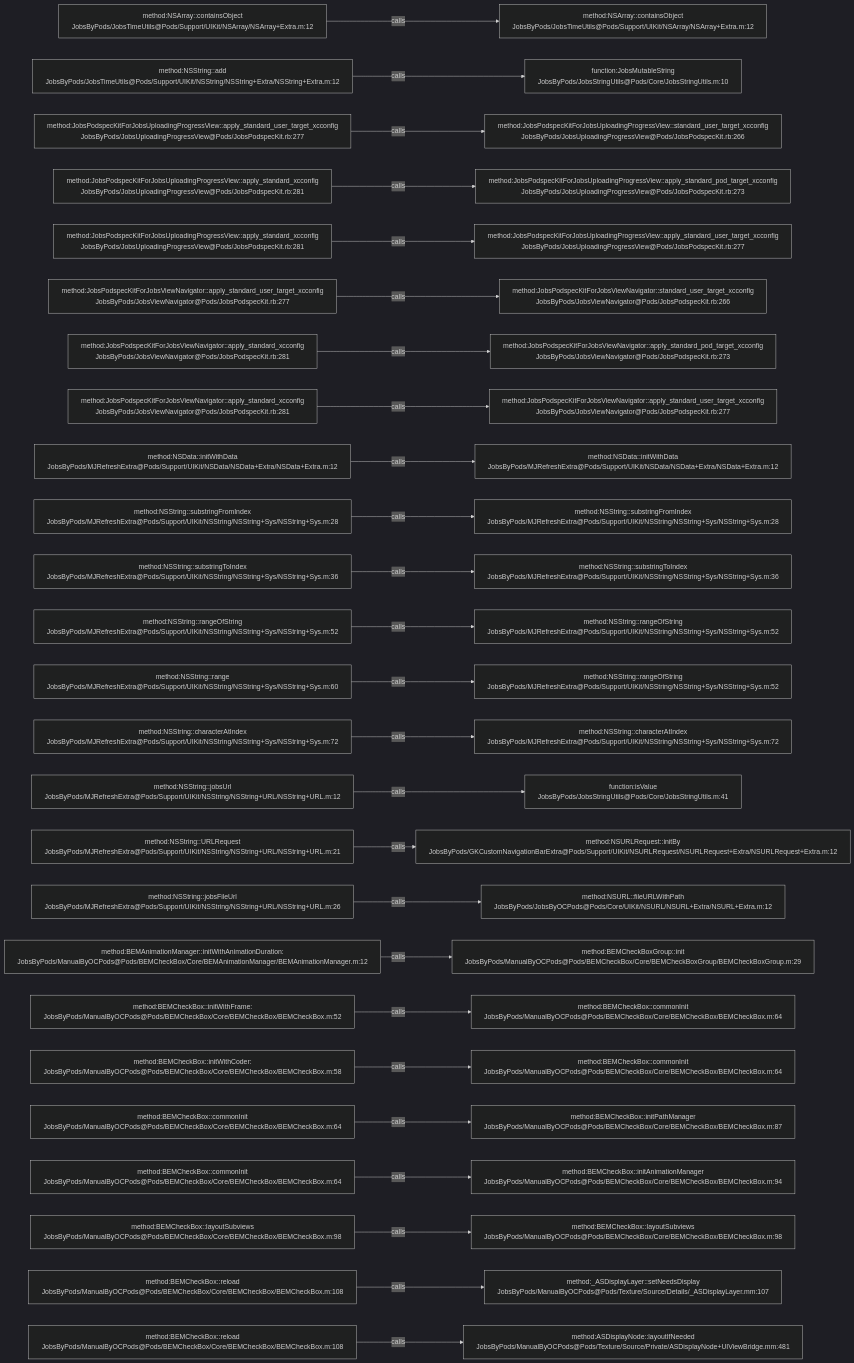
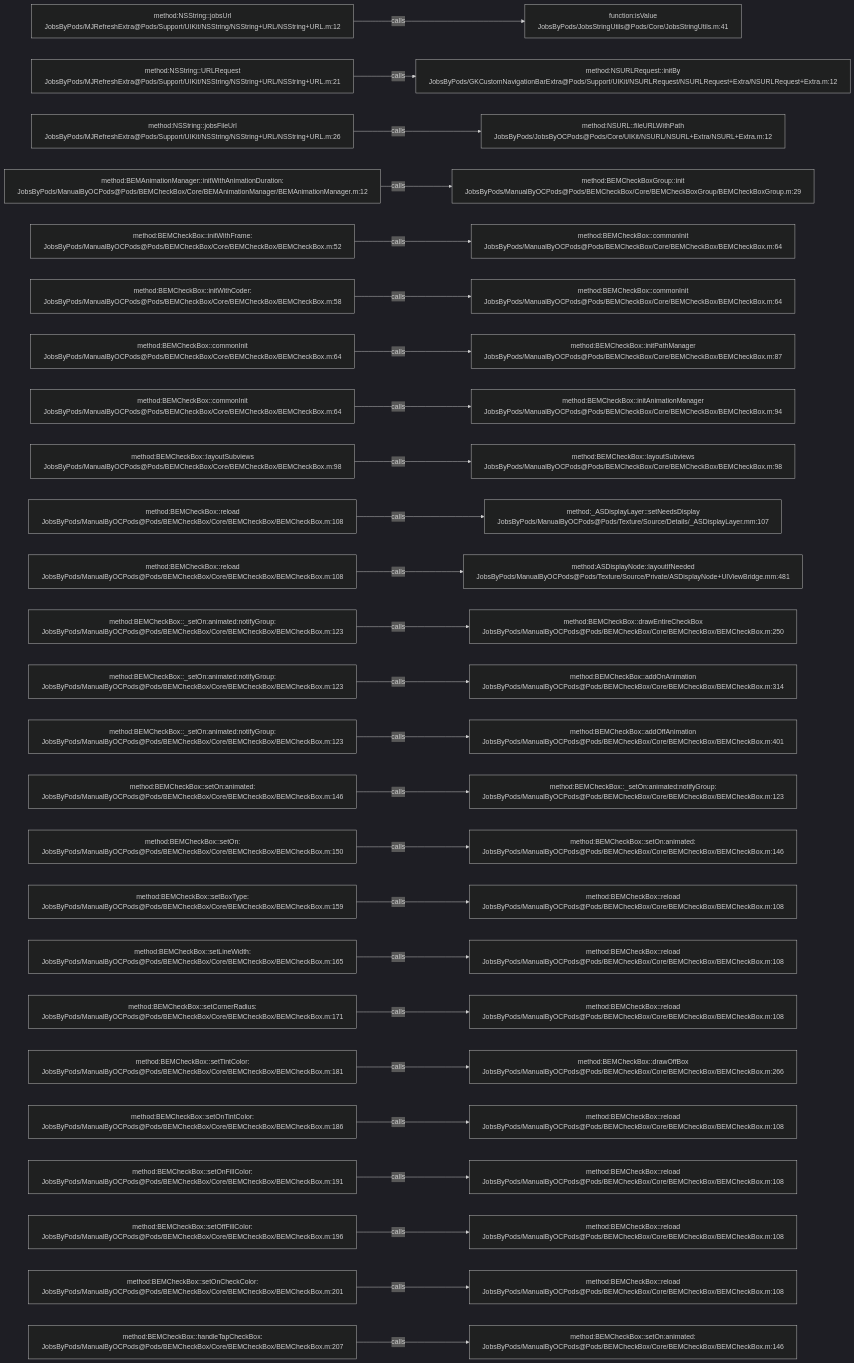
Before and after one commit to JobsKits/JobsOCBaseConfigDemo: the diagram in .codegraph/codegraph.md/graphs/calls-017.md, drawn with Mermaid (dark theme). The commit also changed 296 other files, not shown here.

````diff
--- a/.codegraph/codegraph.md/graphs/calls-017.md
+++ b/.codegraph/codegraph.md/graphs/calls-017.md
@@ -13,78 +13,78 @@
 ```mermaid
 flowchart LR
-  S1["method:NSArray::containsObject<br/>JobsByPods/JobsTimeUtils@Pods/Support/UIKit/NSArray/NSArray+Extra.m:12"]
-  T1["method:NSArray::containsObject<br/>JobsByPods/JobsTimeUtils@Pods/Support/UIKit/NSArray/NSArray+Extra.m:12"]
+  S1["method:NSString::jobsUrl<br/>JobsByPods/MJRefreshExtra@Pods/Support/UIKit/NSString/NSString+URL/NSString+URL.m:12"]
+  T1["function:isValue<br/>JobsByPods/JobsStringUtils@Pods/Core/JobsStringUtils.m:41"]
   S1 -->|calls| T1
-  S2["method:NSString::add<br/>JobsByPods/JobsTimeUtils@Pods/Support/UIKit/NSString/NSString+Extra/NSString+Extra.m:12"]
-  T2["function:JobsMutableString<br/>JobsByPods/JobsStringUtils@Pods/Core/JobsStringUtils.m:10"]
+  S2["method:NSString::URLRequest<br/>JobsByPods/MJRefreshExtra@Pods/Support/UIKit/NSString/NSString+URL/NSString+URL.m:21"]
+  T2["method:NSURLRequest::initBy<br/>JobsByPods/GKCustomNavigationBarExtra@Pods/Support/UIKit/NSURLRequest/NSURLRequest+Extra/NSURLRequest+Extra.m:12"]
   S2 -->|calls| T2
-  S3["method:JobsPodspecKitForJobsUploadingProgressView::apply_standard_user_target_xcconfig<br/>JobsByPods/JobsUploadingProgressView@Pods/JobsPodspecKit.rb:277"]
-  T3["method:JobsPodspecKitForJobsUploadingProgressView::standard_user_target_xcconfig<br/>JobsByPods/JobsUploadingProgressView@Pods/JobsPodspecKit.rb:266"]
+  S3["method:NSString::jobsFileUrl<br/>JobsByPods/MJRefreshExtra@Pods/Support/UIKit/NSString/NSString+URL/NSString+URL.m:26"]
+  T3["method:NSURL::fileURLWithPath<br/>JobsByPods/JobsByOCPods@Pods/Core/UIKit/NSURL/NSURL+Extra/NSURL+Extra.m:12"]
   S3 -->|calls| T3
-  S4["method:JobsPodspecKitForJobsUploadingProgressView::apply_standard_xcconfig<br/>JobsByPods/JobsUploadingProgressView@Pods/JobsPodspecKit.rb:281"]
-  T4["method:JobsPodspecKitForJobsUploadingProgressView::apply_standard_pod_target_xcconfig<br/>JobsByPods/JobsUploadingProgressView@Pods/JobsPodspecKit.rb:273"]
+  S4["method:BEMAnimationManager::initWithAnimationDuration:<br/>JobsByPods/ManualByOCPods@Pods/BEMCheckBox/Core/BEMAnimationManager/BEMAnimationManager.m:12"]
+  T4["method:BEMCheckBoxGroup::init<br/>JobsByPods/ManualByOCPods@Pods/BEMCheckBox/Core/BEMCheckBoxGroup/BEMCheckBoxGroup.m:29"]
   S4 -->|calls| T4
-  S5["method:JobsPodspecKitForJobsUploadingProgressView::apply_standard_xcconfig<br/>JobsByPods/JobsUploadingProgressView@Pods/JobsPodspecKit.rb:281"]
-  T5["method:JobsPodspecKitForJobsUploadingProgressView::apply_standard_user_target_xcconfig<br/>JobsByPods/JobsUploadingProgressView@Pods/JobsPodspecKit.rb:277"]
+  S5["method:BEMCheckBox::initWithFrame:<br/>JobsByPods/ManualByOCPods@Pods/BEMCheckBox/Core/BEMCheckBox/BEMCheckBox.m:52"]
+  T5["method:BEMCheckBox::commonInit<br/>JobsByPods/ManualByOCPods@Pods/BEMCheckBox/Core/BEMCheckBox/BEMCheckBox.m:64"]
   S5 -->|calls| T5
-  S6["method:JobsPodspecKitForJobsViewNavigator::apply_standard_user_target_xcconfig<br/>JobsByPods/JobsViewNavigator@Pods/JobsPodspecKit.rb:277"]
-  T6["method:JobsPodspecKitForJobsViewNavigator::standard_user_target_xcconfig<br/>JobsByPods/JobsViewNavigator@Pods/JobsPodspecKit.rb:266"]
+  S6["method:BEMCheckBox::initWithCoder:<br/>JobsByPods/ManualByOCPods@Pods/BEMCheckBox/Core/BEMCheckBox/BEMCheckBox.m:58"]
+  T6["method:BEMCheckBox::commonInit<br/>JobsByPods/ManualByOCPods@Pods/BEMCheckBox/Core/BEMCheckBox/BEMCheckBox.m:64"]
   S6 -->|calls| T6
-  S7["method:JobsPodspecKitForJobsViewNavigator::apply_standard_xcconfig<br/>JobsByPods/JobsViewNavigator@Pods/JobsPodspecKit.rb:281"]
-  T7["method:JobsPodspecKitForJobsViewNavigator::apply_standard_pod_target_xcconfig<br/>JobsByPods/JobsViewNavigator@Pods/JobsPodspecKit.rb:273"]
+  S7["method:BEMCheckBox::commonInit<br/>JobsByPods/ManualByOCPods@Pods/BEMCheckBox/Core/BEMCheckBox/BEMCheckBox.m:64"]
+  T7["method:BEMCheckBox::initPathManager<br/>JobsByPods/ManualByOCPods@Pods/BEMCheckBox/Core/BEMCheckBox/BEMCheckBox.m:87"]
   S7 -->|calls| T7
-  S8["method:JobsPodspecKitForJobsViewNavigator::apply_standard_xcconfig<br/>JobsByPods/JobsViewNavigator@Pods/JobsPodspecKit.rb:281"]
-  T8["method:JobsPodspecKitForJobsViewNavigator::apply_standard_user_target_xcconfig<br/>JobsByPods/JobsViewNavigator@Pods/JobsPodspecKit.rb:277"]
+  S8["method:BEMCheckBox::commonInit<br/>JobsByPods/ManualByOCPods@Pods/BEMCheckBox/Core/BEMCheckBox/BEMCheckBox.m:64"]
+  T8["method:BEMCheckBox::initAnimationManager<br/>JobsByPods/ManualByOCPods@Pods/BEMCheckBox/Core/BEMCheckBox/BEMCheckBox.m:94"]
   S8 -->|calls| T8
-  S9["method:NSData::initWithData<br/>JobsByPods/MJRefreshExtra@Pods/Support/UIKit/NSData/NSData+Extra/NSData+Extra.m:12"]
-  T9["method:NSData::initWithData<br/>JobsByPods/MJRefreshExtra@Pods/Support/UIKit/NSData/NSData+Extra/NSData+Extra.m:12"]
+  S9["method:BEMCheckBox::layoutSubviews<br/>JobsByPods/ManualByOCPods@Pods/BEMCheckBox/Core/BEMCheckBox/BEMCheckBox.m:98"]
+  T9["method:BEMCheckBox::layoutSubviews<br/>JobsByPods/ManualByOCPods@Pods/BEMCheckBox/Core/BEMCheckBox/BEMCheckBox.m:98"]
   S9 -->|calls| T9
-  S10["method:NSString::substringFromIndex<br/>JobsByPods/MJRefreshExtra@Pods/Support/UIKit/NSString/NSString+Sys/NSString+Sys.m:28"]
-  T10["method:NSString::substringFromIndex<br/>JobsByPods/MJRefreshExtra@Pods/Support/UIKit/NSString/NSString+Sys/NSString+Sys.m:28"]
+  S10["method:BEMCheckBox::reload<br/>JobsByPods/ManualByOCPods@Pods/BEMCheckBox/Core/BEMCheckBox/BEMCheckBox.m:108"]
+  T10["method:_ASDisplayLayer::setNeedsDisplay<br/>JobsByPods/ManualByOCPods@Pods/Texture/Source/Details/_ASDisplayLayer.mm:107"]
   S10 -->|calls| T10
-  S11["method:NSString::substringToIndex<br/>JobsByPods/MJRefreshExtra@Pods/Support/UIKit/NSString/NSString+Sys/NSString+Sys.m:36"]
-  T11["method:NSString::substringToIndex<br/>JobsByPods/MJRefreshExtra@Pods/Support/UIKit/NSString/NSString+Sys/NSString+Sys.m:36"]
+  S11["method:BEMCheckBox::reload<br/>JobsByPods/ManualByOCPods@Pods/BEMCheckBox/Core/BEMCheckBox/BEMCheckBox.m:108"]
+  T11["method:ASDisplayNode::layoutIfNeeded<br/>JobsByPods/ManualByOCPods@Pods/Texture/Source/Private/ASDisplayNode+UIViewBridge.mm:481"]
   S11 -->|calls| T11
-  S12["method:NSString::rangeOfString<br/>JobsByPods/MJRefreshExtra@Pods/Support/UIKit/NSString/NSString+Sys/NSString+Sys.m:52"]
-  T12["method:NSString::rangeOfString<br/>JobsByPods/MJRefreshExtra@Pods/Support/UIKit/NSString/NSString+Sys/NSString+Sys.m:52"]
+  S12["method:BEMCheckBox::_setOn:animated:notifyGroup:<br/>JobsByPods/ManualByOCPods@Pods/BEMCheckBox/Core/BEMCheckBox/BEMCheckBox.m:123"]
+  T12["method:BEMCheckBox::drawEntireCheckBox<br/>JobsByPods/ManualByOCPods@Pods/BEMCheckBox/Core/BEMCheckBox/BEMCheckBox.m:250"]
   S12 -->|calls| T12
-  S13["method:NSString::range<br/>JobsByPods/MJRefreshExtra@Pods/Support/UIKit/NSString/NSString+Sys/NSString+Sys.m:60"]
-  T13["method:NSString::rangeOfString<br/>JobsByPods/MJRefreshExtra@Pods/Support/UIKit/NSString/NSString+Sys/NSString+Sys.m:52"]
+  S13["method:BEMCheckBox::_setOn:animated:notifyGroup:<br/>JobsByPods/ManualByOCPods@Pods/BEMCheckBox/Core/BEMCheckBox/BEMCheckBox.m:123"]
+  T13["method:BEMCheckBox::addOnAnimation<br/>JobsByPods/ManualByOCPods@Pods/BEMCheckBox/Core/BEMCheckBox/BEMCheckBox.m:314"]
   S13 -->|calls| T13
-  S14["method:NSString::characterAtIndex<br/>JobsByPods/MJRefreshExtra@Pods/Support/UIKit/NSString/NSString+Sys/NSString+Sys.m:72"]
-  T14["method:NSString::characterAtIndex<br/>JobsByPods/MJRefreshExtra@Pods/Support/UIKit/NSString/NSString+Sys/NSString+Sys.m:72"]
+  S14["method:BEMCheckBox::_setOn:animated:notifyGroup:<br/>JobsByPods/ManualByOCPods@Pods/BEMCheckBox/Core/BEMCheckBox/BEMCheckBox.m:123"]
+  T14["method:BEMCheckBox::addOffAnimation<br/>JobsByPods/ManualByOCPods@Pods/BEMCheckBox/Core/BEMCheckBox/BEMCheckBox.m:401"]
   S14 -->|calls| T14
-  S15["method:NSString::jobsUrl<br/>JobsByPods/MJRefreshExtra@Pods/Support/UIKit/NSString/NSString+URL/NSString+URL.m:12"]
-  T15["function:isValue<br/>JobsByPods/JobsStringUtils@Pods/Core/JobsStringUtils.m:41"]
+  S15["method:BEMCheckBox::setOn:animated:<br/>JobsByPods/ManualByOCPods@Pods/BEMCheckBox/Core/BEMCheckBox/BEMCheckBox.m:146"]
+  T15["method:BEMCheckBox::_setOn:animated:notifyGroup:<br/>JobsByPods/ManualByOCPods@Pods/BEMCheckBox/Core/BEMCheckBox/BEMCheckBox.m:123"]
   S15 -->|calls| T15
-  S16["method:NSString::URLRequest<br/>JobsByPods/MJRefreshExtra@Pods/Support/UIKit/NSString/NSString+URL/NSString+URL.m:21"]
-  T16["method:NSURLRequest::initBy<br/>JobsByPods/GKCustomNavigationBarExtra@Pods/Support/UIKit/NSURLRequest/NSURLRequest+Extra/NSURLRequest+Extra.m:12"]
+  S16["method:BEMCheckBox::setOn:<br/>JobsByPods/ManualByOCPods@Pods/BEMCheckBox/Core/BEMCheckBox/BEMCheckBox.m:150"]
+  T16["method:BEMCheckBox::setOn:animated:<br/>JobsByPods/ManualByOCPods@Pods/BEMCheckBox/Core/BEMCheckBox/BEMCheckBox.m:146"]
   S16 -->|calls| T16
-  S17["method:NSString::jobsFileUrl<br/>JobsByPods/MJRefreshExtra@Pods/Support/UIKit/NSString/NSString+URL/NSString+URL.m:26"]
-  T17["method:NSURL::fileURLWithPath<br/>JobsByPods/JobsByOCPods@Pods/Core/UIKit/NSURL/NSURL+Extra/NSURL+Extra.m:12"]
+  S17["method:BEMCheckBox::setBoxType:<br/>JobsByPods/ManualByOCPods@Pods/BEMCheckBox/Core/BEMCheckBox/BEMCheckBox.m:159"]
+  T17["method:BEMCheckBox::reload<br/>JobsByPods/ManualByOCPods@Pods/BEMCheckBox/Core/BEMCheckBox/BEMCheckBox.m:108"]
   S17 -->|calls| T17
-  S18["method:BEMAnimationManager::initWithAnimationDuration:<br/>JobsByPods/ManualByOCPods@Pods/BEMCheckBox/Core/BEMAnimationManager/BEMAnimationManager.m:12"]
-  T18["method:BEMCheckBoxGroup::init<br/>JobsByPods/ManualByOCPods@Pods/BEMCheckBox/Core/BEMCheckBoxGroup/BEMCheckBoxGroup.m:29"]
+  S18["method:BEMCheckBox::setLineWidth:<br/>JobsByPods/ManualByOCPods@Pods/BEMCheckBox/Core/BEMCheckBox/BEMCheckBox.m:165"]
+  T18["method:BEMCheckBox::reload<br/>JobsByPods/ManualByOCPods@Pods/BEMCheckBox/Core/BEMCheckBox/BEMCheckBox.m:108"]
   S18 -->|calls| T18
-  S19["method:BEMCheckBox::initWithFrame:<br/>JobsByPods/ManualByOCPods@Pods/BEMCheckBox/Core/BEMCheckBox/BEMCheckBox.m:52"]
-  T19["method:BEMCheckBox::commonInit<br/>JobsByPods/ManualByOCPods@Pods/BEMCheckBox/Core/BEMCheckBox/BEMCheckBox.m:64"]
+  S19["method:BEMCheckBox::setCornerRadius:<br/>JobsByPods/ManualByOCPods@Pods/BEMCheckBox/Core/BEMCheckBox/BEMCheckBox.m:171"]
+  T19["method:BEMCheckBox::reload<br/>JobsByPods/ManualByOCPods@Pods/BEMCheckBox/Core/BEMCheckBox/BEMCheckBox.m:108"]
   S19 -->|calls| T19
-  S20["method:BEMCheckBox::initWithCoder:<br/>JobsByPods/ManualByOCPods@Pods/BEMCheckBox/Core/BEMCheckBox/BEMCheckBox.m:58"]
-  T20["method:BEMCheckBox::commonInit<br/>JobsByPods/ManualByOCPods@Pods/BEMCheckBox/Core/BEMCheckBox/BEMCheckBox.m:64"]
+  S20["method:BEMCheckBox::setTintColor:<br/>JobsByPods/ManualByOCPods@Pods/BEMCheckBox/Core/BEMCheckBox/BEMCheckBox.m:181"]
+  T20["method:BEMCheckBox::drawOffBox<br/>JobsByPods/ManualByOCPods@Pods/BEMCheckBox/Core/BEMCheckBox/BEMCheckBox.m:266"]
   S20 -->|calls| T20
-  S21["method:BEMCheckBox::commonInit<br/>JobsByPods/ManualByOCPods@Pods/BEMCheckBox/Core/BEMCheckBox/BEMCheckBox.m:64"]
-  T21["method:BEMCheckBox::initPathManager<br/>JobsByPods/ManualByOCPods@Pods/BEMCheckBox/Core/BEMCheckBox/BEMCheckBox.m:87"]
+  S21["method:BEMCheckBox::setOnTintColor:<br/>JobsByPods/ManualByOCPods@Pods/BEMCheckBox/Core/BEMCheckBox/BEMCheckBox.m:186"]
+  T21["method:BEMCheckBox::reload<br/>JobsByPods/ManualByOCPods@Pods/BEMCheckBox/Core/BEMCheckBox/BEMCheckBox.m:108"]
   S21 -->|calls| T21
-  S22["method:BEMCheckBox::commonInit<br/>JobsByPods/ManualByOCPods@Pods/BEMCheckBox/Core/BEMCheckBox/BEMCheckBox.m:64"]
-  T22["method:BEMCheckBox::initAnimationManager<br/>JobsByPods/ManualByOCPods@Pods/BEMCheckBox/Core/BEMCheckBox/BEMCheckBox.m:94"]
+  S22["method:BEMCheckBox::setOnFillColor:<br/>JobsByPods/ManualByOCPods@Pods/BEMCheckBox/Core/BEMCheckBox/BEMCheckBox.m:191"]
+  T22["method:BEMCheckBox::reload<br/>JobsByPods/ManualByOCPods@Pods/BEMCheckBox/Core/BEMCheckBox/BEMCheckBox.m:108"]
   S22 -->|calls| T22
-  S23["method:BEMCheckBox::layoutSubviews<br/>JobsByPods/ManualByOCPods@Pods/BEMCheckBox/Core/BEMCheckBox/BEMCheckBox.m:98"]
-  T23["method:BEMCheckBox::layoutSubviews<br/>JobsByPods/ManualByOCPods@Pods/BEMCheckBox/Core/BEMCheckBox/BEMCheckBox.m:98"]
+  S23["method:BEMCheckBox::setOffFillColor:<br/>JobsByPods/ManualByOCPods@Pods/BEMCheckBox/Core/BEMCheckBox/BEMCheckBox.m:196"]
+  T23["method:BEMCheckBox::reload<br/>JobsByPods/ManualByOCPods@Pods/BEMCheckBox/Core/BEMCheckBox/BEMCheckBox.m:108"]
   S23 -->|calls| T23
-  S24["method:BEMCheckBox::reload<br/>JobsByPods/ManualByOCPods@Pods/BEMCheckBox/Core/BEMCheckBox/BEMCheckBox.m:108"]
-  T24["method:_ASDisplayLayer::setNeedsDisplay<br/>JobsByPods/ManualByOCPods@Pods/Texture/Source/Details/_ASDisplayLayer.mm:107"]
+  S24["method:BEMCheckBox::setOnCheckColor:<br/>JobsByPods/ManualByOCPods@Pods/BEMCheckBox/Core/BEMCheckBox/BEMCheckBox.m:201"]
+  T24["method:BEMCheckBox::reload<br/>JobsByPods/ManualByOCPods@Pods/BEMCheckBox/Core/BEMCheckBox/BEMCheckBox.m:108"]
   S24 -->|calls| T24
-  S25["method:BEMCheckBox::reload<br/>JobsByPods/ManualByOCPods@Pods/BEMCheckBox/Core/BEMCheckBox/BEMCheckBox.m:108"]
-  T25["method:ASDisplayNode::layoutIfNeeded<br/>JobsByPods/ManualByOCPods@Pods/Texture/Source/Private/ASDisplayNode+UIViewBridge.mm:481"]
+  S25["method:BEMCheckBox::handleTapCheckBox:<br/>JobsByPods/ManualByOCPods@Pods/BEMCheckBox/Core/BEMCheckBox/BEMCheckBox.m:207"]
+  T25["method:BEMCheckBox::setOn:animated:<br/>JobsByPods/ManualByOCPods@Pods/BEMCheckBox/Core/BEMCheckBox/BEMCheckBox.m:146"]
   S25 -->|calls| T25
 ```
````
